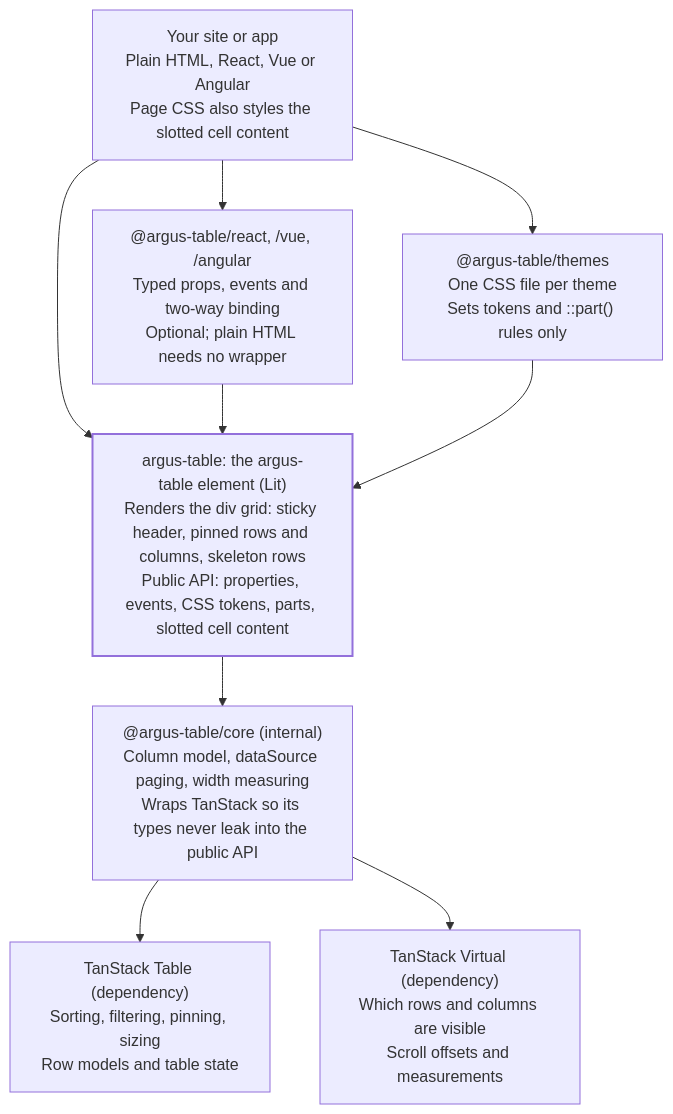
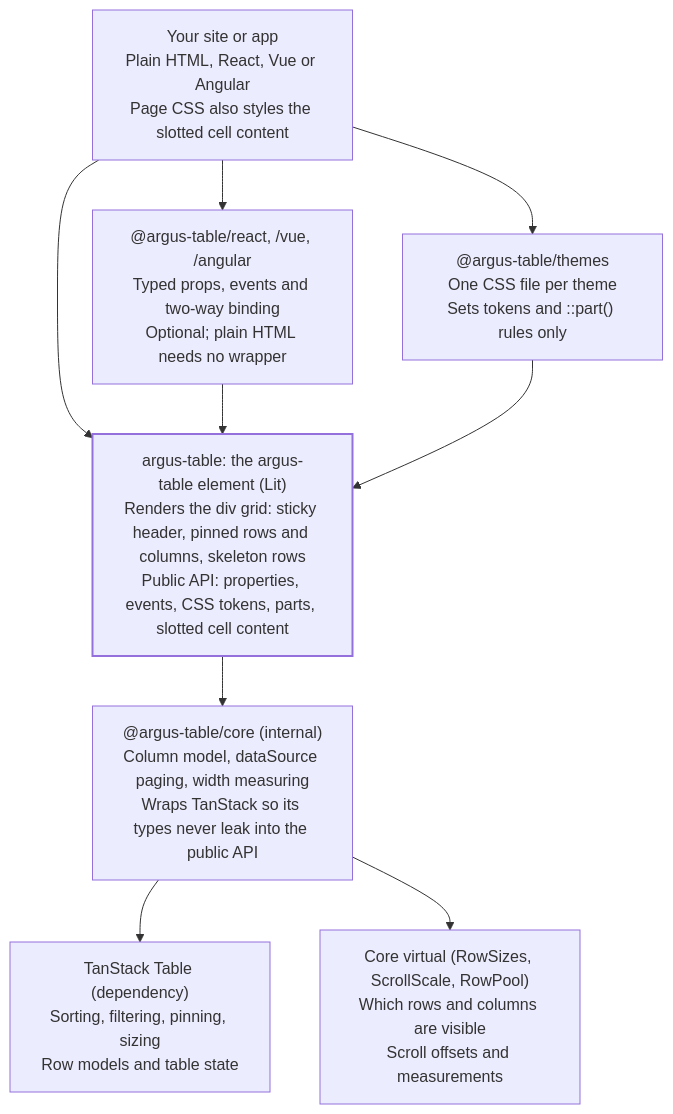
Before and after one commit to Joessst-Dev/argus-table: the diagram in docs/plan/plan/04-architecture.md, drawn with Mermaid. The commit also changed 16 other files, not shown here.

First line of the commit message:
perf: own row virtualization, without TanStack Virtual (ADR 0008) (#145)

````diff
--- a/docs/plan/plan/04-architecture.md
+++ b/docs/plan/plan/04-architecture.md
@@ -9,22 +9,22 @@
 ```mermaid
 flowchart TD
     app["Your site or app<br/>Plain HTML, React, Vue or Angular<br/>Page CSS also styles the slotted cell content"]
     wrappers["@argus-table/react, /vue, /angular<br/>Typed props, events and two-way binding<br/>Optional; plain HTML needs no wrapper"]
     themes["@argus-table/themes<br/>One CSS file per theme<br/>Sets tokens and ::part() rules only"]
     table["argus-table: the argus-table element (Lit)<br/>Renders the div grid: sticky header, pinned rows and columns, skeleton rows<br/>Public API: properties, events, CSS tokens, parts, slotted cell content"]
     core["@argus-table/core (internal)<br/>Column model, dataSource paging, width measuring<br/>Wraps TanStack so its types never leak into the public API"]
     tst["TanStack Table (dependency)<br/>Sorting, filtering, pinning, sizing<br/>Row models and table state"]
-    tsv["TanStack Virtual (dependency)<br/>Which rows and columns are visible<br/>Scroll offsets and measurements"]
+    tsv["Core virtual (RowSizes, ScrollScale, RowPool)<br/>Which rows and columns are visible<br/>Scroll offsets and measurements"]
 
     app --> wrappers
     app --> table
     app --> themes
     wrappers --> table
     themes --> table
     table --> core
     core --> tst
     core --> tsv
 
     classDef main stroke-width:2px
     class table main
 ```
````
